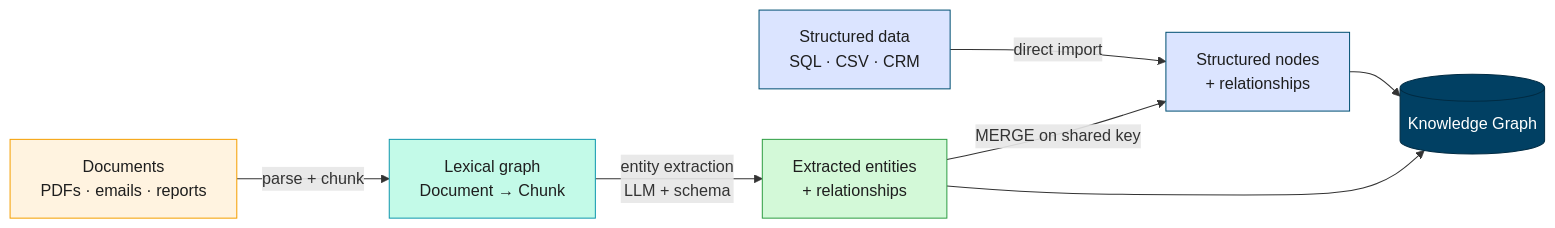
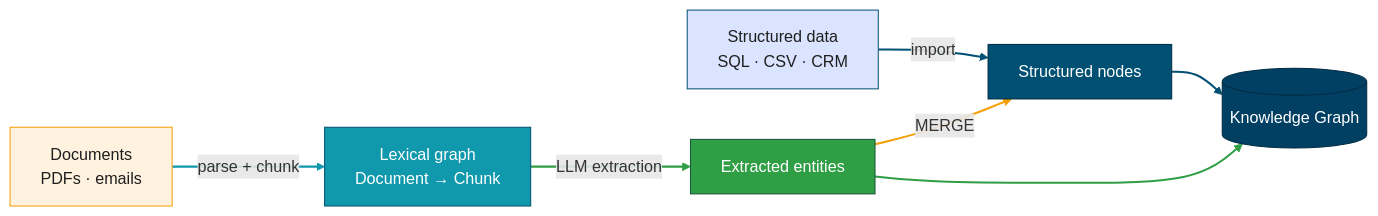
One commit to joy-neo4j/graph-intelligence-agent changed the sixth of 13 diagrams in outputs/Graph_Intelligence_Technical_DeepDive.md. Above: the diagram before and after it, drawn with Mermaid. The commit also changed other lines of this file and 1 other file, not shown here.

````diff
--- a/outputs/Graph_Intelligence_Technical_DeepDive.md
+++ b/outputs/Graph_Intelligence_Technical_DeepDive.md
@@ -428,15 +452,21 @@
 ```mermaid
 flowchart LR
-    S["Structured data<br/>SQL · CSV · CRM"] -->|"direct import"| SN["Structured nodes<br/>+ relationships"]
-    D["Documents<br/>PDFs · emails · reports"] -->|"parse + chunk"| LG["Lexical graph<br/>Document → Chunk"]
-    LG -->|"entity extraction<br/>LLM + schema"| EN["Extracted entities<br/>+ relationships"]
-    EN -->|"MERGE on shared key"| SN
+    S["Structured data<br/>SQL · CSV · CRM"] -->|"import"| SN["Structured nodes"]
+    D["Documents<br/>PDFs · emails"] -->|"parse + chunk"| LG["Lexical graph<br/>Document → Chunk"]
+    LG -->|"LLM extraction"| EN["Extracted entities"]
+    EN -->|"MERGE"| SN
     EN --> KG
     SN --> KG[("Knowledge Graph")]
     style S fill:#dbe4ff,stroke:#005073,color:#1e1e1e
     style D fill:#fff3e0,stroke:#f59f00,color:#1e1e1e
-    style SN fill:#dbe4ff,stroke:#005073,color:#1e1e1e
-    style LG fill:#c3fae8,stroke:#1098ad,color:#1e1e1e
-    style EN fill:#d3f9d8,stroke:#2f9e44,color:#1e1e1e
+    style SN fill:#005073,stroke:#002B43,color:#fff
+    style LG fill:#1098ad,stroke:#005073,color:#fff
+    style EN fill:#2f9e44,stroke:#145439,color:#fff
     style KG fill:#014063,color:#fff,stroke:#002B43
+    linkStyle 0 stroke:#005073,stroke-width:2px
+    linkStyle 1 stroke:#1098ad,stroke-width:2px
+    linkStyle 2 stroke:#2f9e44,stroke-width:2px
+    linkStyle 3 stroke:#f59f00,stroke-width:2px
+    linkStyle 4 stroke:#2f9e44,stroke-width:2px
+    linkStyle 5 stroke:#005073,stroke-width:2px
 ```
````
